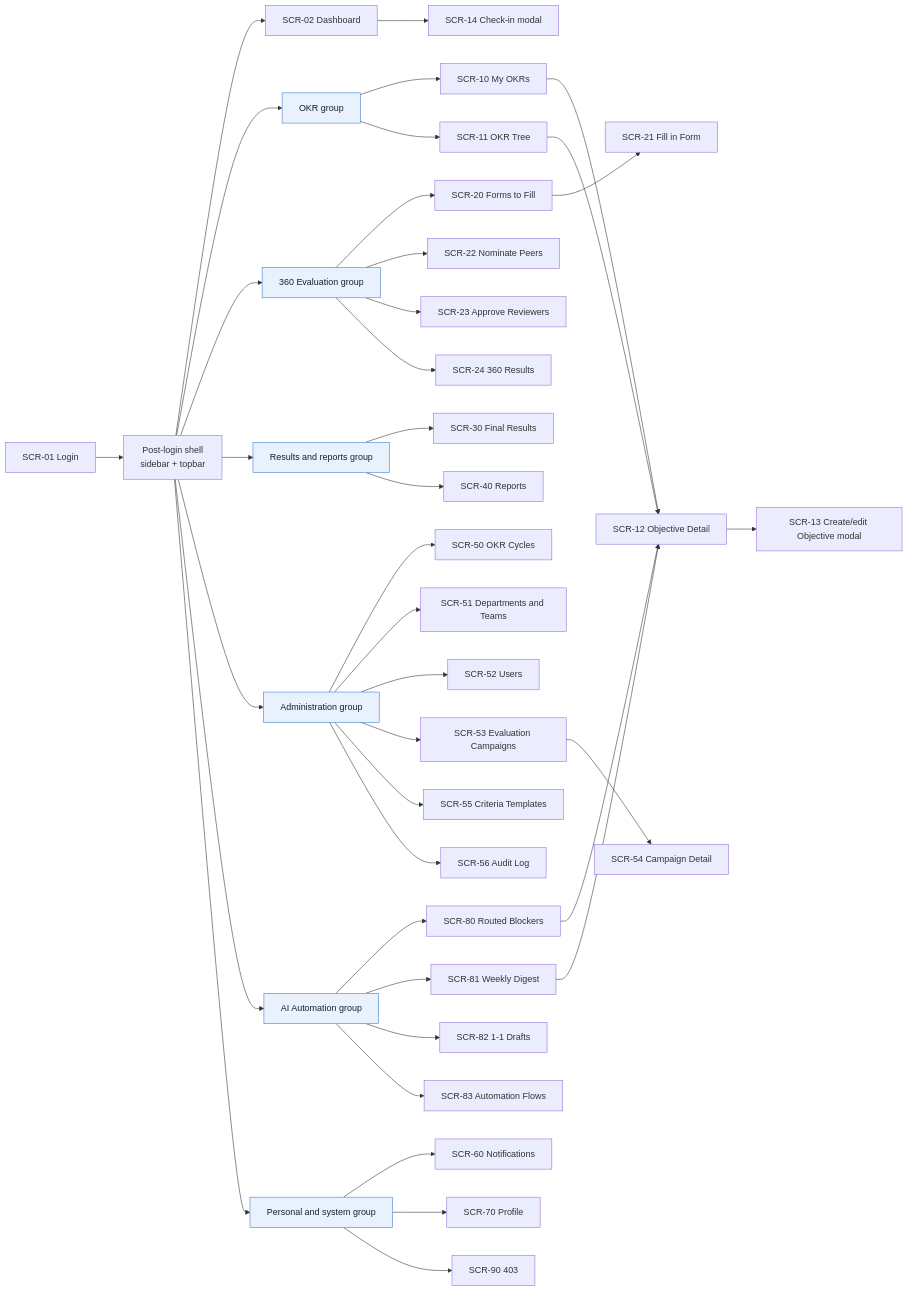
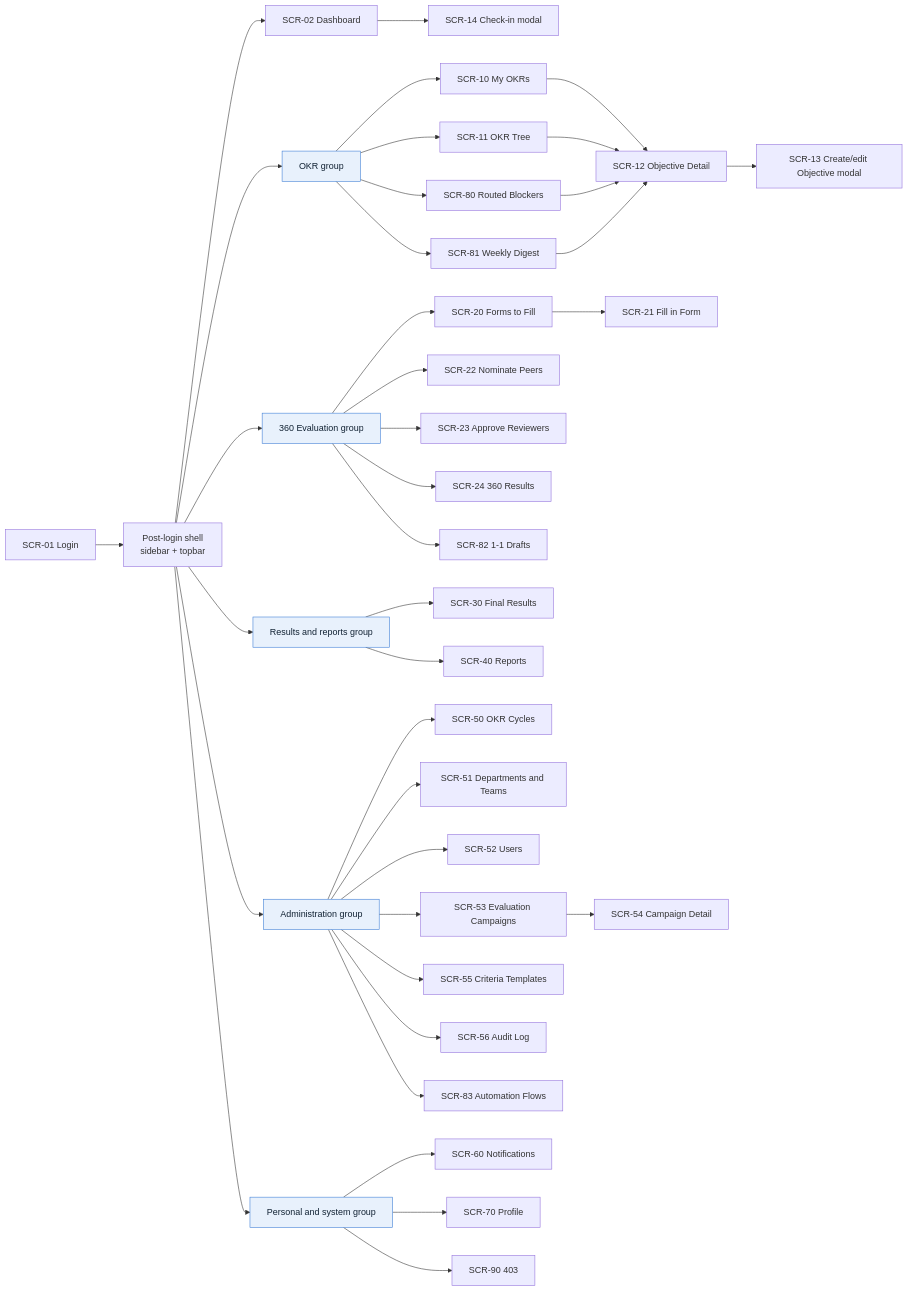
The first of 6 diagrams in docs/04-information-architecture.md (Akaza-ban/OCK-360), drawn with Mermaid before and after one commit. The commit also changed other lines of this file and 39 other files, not shown here.

Commit message:
docs: restructure architecture into arc42, c4 and uml; remove database files; move AI screens into business menu groups

````diff
--- a/docs/04-information-architecture.md
+++ b/docs/04-information-architecture.md
@@ -122,50 +138,48 @@
 ```mermaid
 flowchart LR
     Login["SCR-01 Login"] --> Shell["Post-login shell<br/>sidebar + topbar"]
 
     Shell --> Dashboard["SCR-02 Dashboard"]
     Dashboard --> Checkin["SCR-14 Check-in modal"]
 
     Shell --> GroupOkr["OKR group"]
     GroupOkr --> MyOkr["SCR-10 My OKRs"]
     GroupOkr --> Tree["SCR-11 OKR Tree"]
     MyOkr --> Detail["SCR-12 Objective Detail"]
     Tree --> Detail
     Detail --> ObjForm["SCR-13 Create/edit Objective modal"]
+    GroupOkr --> Blockers["SCR-80 Routed Blockers"]
+    GroupOkr --> Digest["SCR-81 Weekly Digest"]
+    Blockers --> Detail
+    Digest --> Detail
 
     Shell --> GroupReview["360 Evaluation group"]
     GroupReview --> Todo["SCR-20 Forms to Fill"]
     Todo --> Form["SCR-21 Fill in Form"]
     GroupReview --> Nominate["SCR-22 Nominate Peers"]
     GroupReview --> Approve["SCR-23 Approve Reviewers"]
     GroupReview --> Result360["SCR-24 360 Results"]
+    GroupReview --> Drafts["SCR-82 1-1 Drafts"]
 
     Shell --> GroupResult["Results and reports group"]
     GroupResult --> Final["SCR-30 Final Results"]
     GroupResult --> Reports["SCR-40 Reports"]
 
     Shell --> GroupAdmin["Administration group"]
     GroupAdmin --> Cycles["SCR-50 OKR Cycles"]
     GroupAdmin --> Depts["SCR-51 Departments and Teams"]
     GroupAdmin --> Users["SCR-52 Users"]
     GroupAdmin --> Campaigns["SCR-53 Evaluation Campaigns"]
     Campaigns --> Campaign["SCR-54 Campaign Detail"]
     GroupAdmin --> Templates["SCR-55 Criteria Templates"]
     GroupAdmin --> Audit["SCR-56 Audit Log"]
-
-    Shell --> GroupAi["AI Automation group"]
-    GroupAi --> Blockers["SCR-80 Routed Blockers"]
-    GroupAi --> Digest["SCR-81 Weekly Digest"]
-    GroupAi --> Drafts["SCR-82 1-1 Drafts"]
-    GroupAi --> Flows["SCR-83 Automation Flows"]
-    Blockers --> Detail
-    Digest --> Detail
+    GroupAdmin --> Flows["SCR-83 Automation Flows"]
 
     Shell --> GroupPersonal["Personal and system group"]
     GroupPersonal --> Notify["SCR-60 Notifications"]
     GroupPersonal --> Profile["SCR-70 Profile"]
     GroupPersonal --> Forbidden["SCR-90 403"]
 
     classDef group fill:#e8f1fc,color:#123,stroke:#3a7bd5
-    class GroupOkr,GroupReview,GroupResult,GroupAdmin,GroupAi,GroupPersonal group
+    class GroupOkr,GroupReview,GroupResult,GroupAdmin,GroupPersonal group
 ```
````
